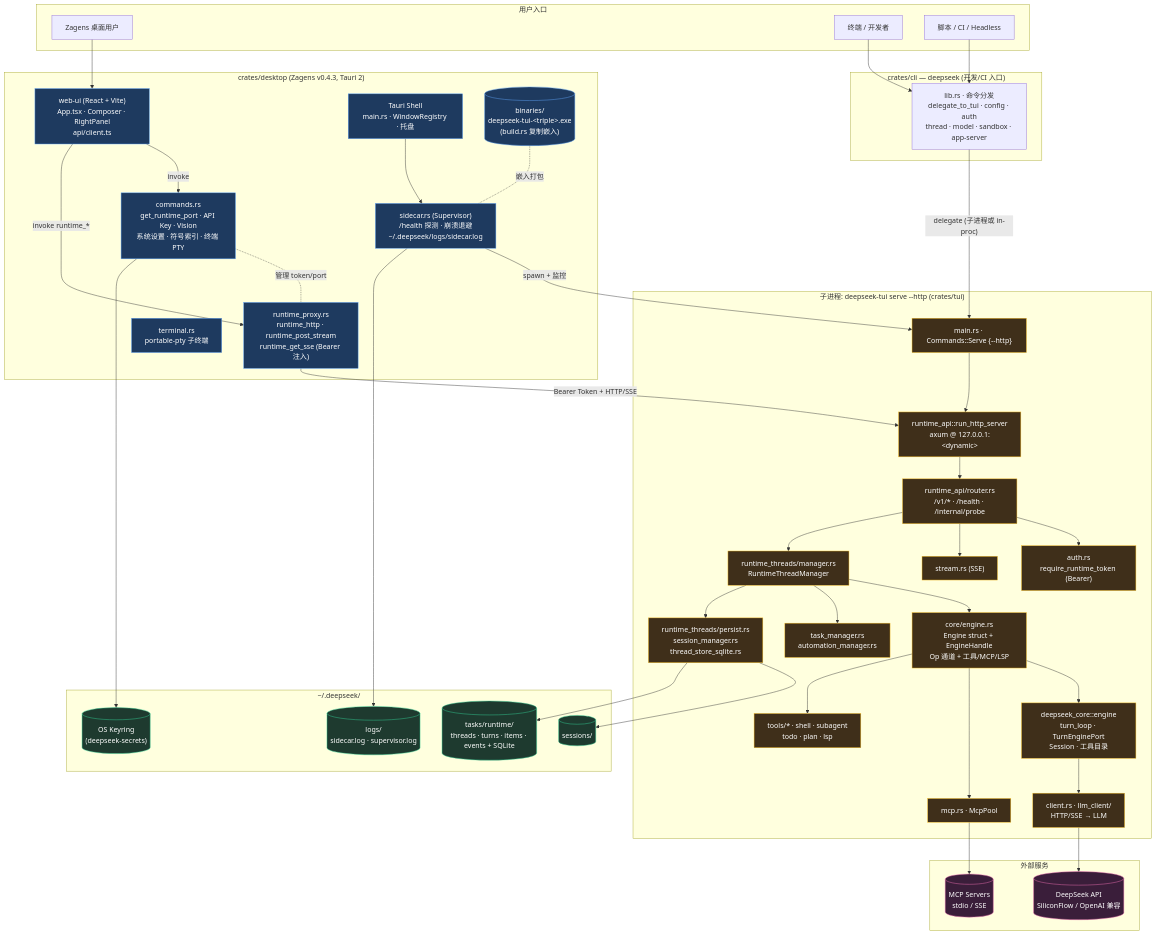
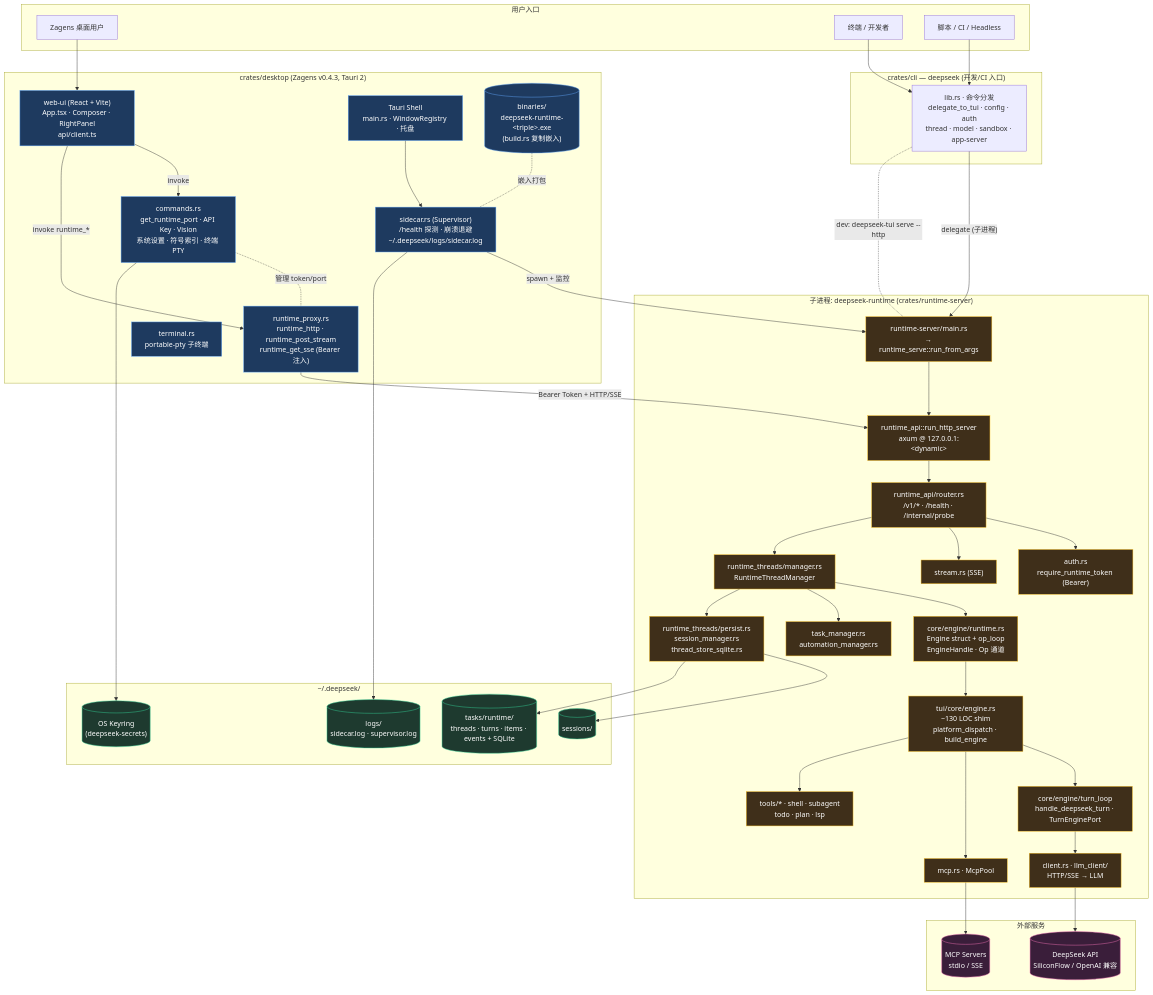
The first of 5 diagrams in docs/tech/RUNTIME_ARCHITECTURE.md (didclawapp-ai/zagens), drawn with Mermaid before and after one commit. The commit also changed other lines of this file and 11 other files, not shown here.

First line of the commit message:
test(runtime-server): D6 Phase A+ binary sidecar contract and doc sync.

````diff
--- a/docs/tech/RUNTIME_ARCHITECTURE.md
+++ b/docs/tech/RUNTIME_ARCHITECTURE.md
@@ -40,18 +42,19 @@
         PROXY["runtime_proxy.rs<br/>runtime_http · runtime_post_stream<br/>runtime_get_sse (Bearer 注入)"]
         SUP["sidecar.rs (Supervisor)<br/>/health 探测 · 崩溃退避<br/>~/.deepseek/logs/sidecar.log"]
         TERM["terminal.rs<br/>portable-pty 子终端"]
-        BIN[("binaries/<br/>deepseek-tui-&lt;triple&gt;.exe<br/>(build.rs 复制嵌入)")]
+        BIN[("binaries/<br/>deepseek-runtime-&lt;triple&gt;.exe<br/>(build.rs 复制嵌入)")]
     end
 
-    subgraph sidecar_proc["子进程: deepseek-tui serve --http  (crates/tui)"]
-        MAIN["main.rs · Commands::Serve {--http}"]
+    subgraph sidecar_proc["子进程: deepseek-runtime  (crates/runtime-server)"]
+        MAIN["runtime-server/main.rs<br/>→ runtime_serve::run_from_args"]
         HTTP["runtime_api::run_http_server<br/>axum @ 127.0.0.1:&lt;dynamic&gt;"]
         ROUTER["runtime_api/router.rs<br/>/v1/* · /health · /internal/probe"]
         AUTH["auth.rs<br/>require_runtime_token (Bearer)"]
         STREAM["stream.rs (SSE)"]
         MGR["runtime_threads/manager.rs<br/>RuntimeThreadManager"]
-        ENG_T["core/engine.rs<br/>Engine struct + EngineHandle<br/>Op 通道 + 工具/MCP/LSP"]
-        ENG_C["deepseek_core::engine<br/>turn_loop · TurnEnginePort<br/>Session · 工具目录"]
+        ENG_C["core/engine/runtime.rs<br/>Engine struct + op_loop<br/>EngineHandle · Op 通道"]
+        ENG_SHIM["tui/core/engine.rs<br/>~130 LOC shim<br/>platform_dispatch · build_engine"]
+        TURN["core/engine/turn_loop<br/>handle_deepseek_turn · TurnEnginePort"]
         LLM_C["client.rs · llm_client/<br/>HTTP/SSE → LLM"]
         MCP_POOL["mcp.rs · McpPool"]
         TOOLS_R["tools/* · shell · subagent<br/>todo · plan · lsp"]
@@ -86,18 +89,20 @@
 
     U2 --> CLI
     U3 --> CLI
-    CLI -- "delegate (子进程或 in-proc)" --> MAIN
+    CLI -- "delegate (子进程)" --> MAIN
+    CLI -. "dev: deepseek-tui serve --http" .- MAIN
 
     MAIN --> HTTP
     HTTP --> ROUTER
     ROUTER --> AUTH
     ROUTER --> STREAM
     ROUTER --> MGR
-    MGR --> ENG_T
-    ENG_T --> ENG_C
-    ENG_C --> LLM_C
-    ENG_T --> MCP_POOL
-    ENG_T --> TOOLS_R
+    MGR --> ENG_C
+    ENG_C --> ENG_SHIM
+    ENG_SHIM --> TURN
+    TURN --> LLM_C
+    ENG_SHIM --> MCP_POOL
+    ENG_SHIM --> TOOLS_R
     MGR --> TASKS
     MGR --> PERSIST
 
@@ -113,7 +118,7 @@
     classDef ext fill:#3a1e3a,stroke:#f472b6,color:#fff
     classDef store fill:#1e3a2f,stroke:#34d399,color:#fff
     class WEB,TAURI,CMDS,PROXY,SUP,TERM,BIN product
-    class MAIN,HTTP,ROUTER,AUTH,STREAM,MGR,ENG_T,ENG_C,LLM_C,MCP_POOL,TOOLS_R,TASKS,PERSIST sidecar
+    class MAIN,HTTP,ROUTER,AUTH,STREAM,MGR,ENG_C,ENG_SHIM,TURN,LLM_C,MCP_POOL,TOOLS_R,TASKS,PERSIST sidecar
     class LLM,MCP_SRV ext
     class SESS,RT_DIR,LOGS,KEYS store
 ```
````
